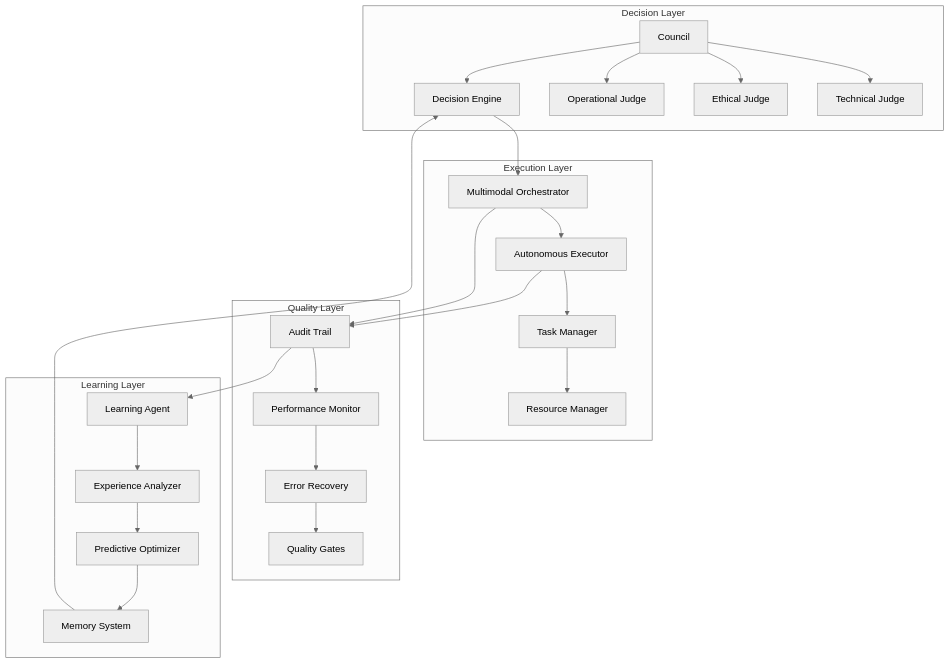
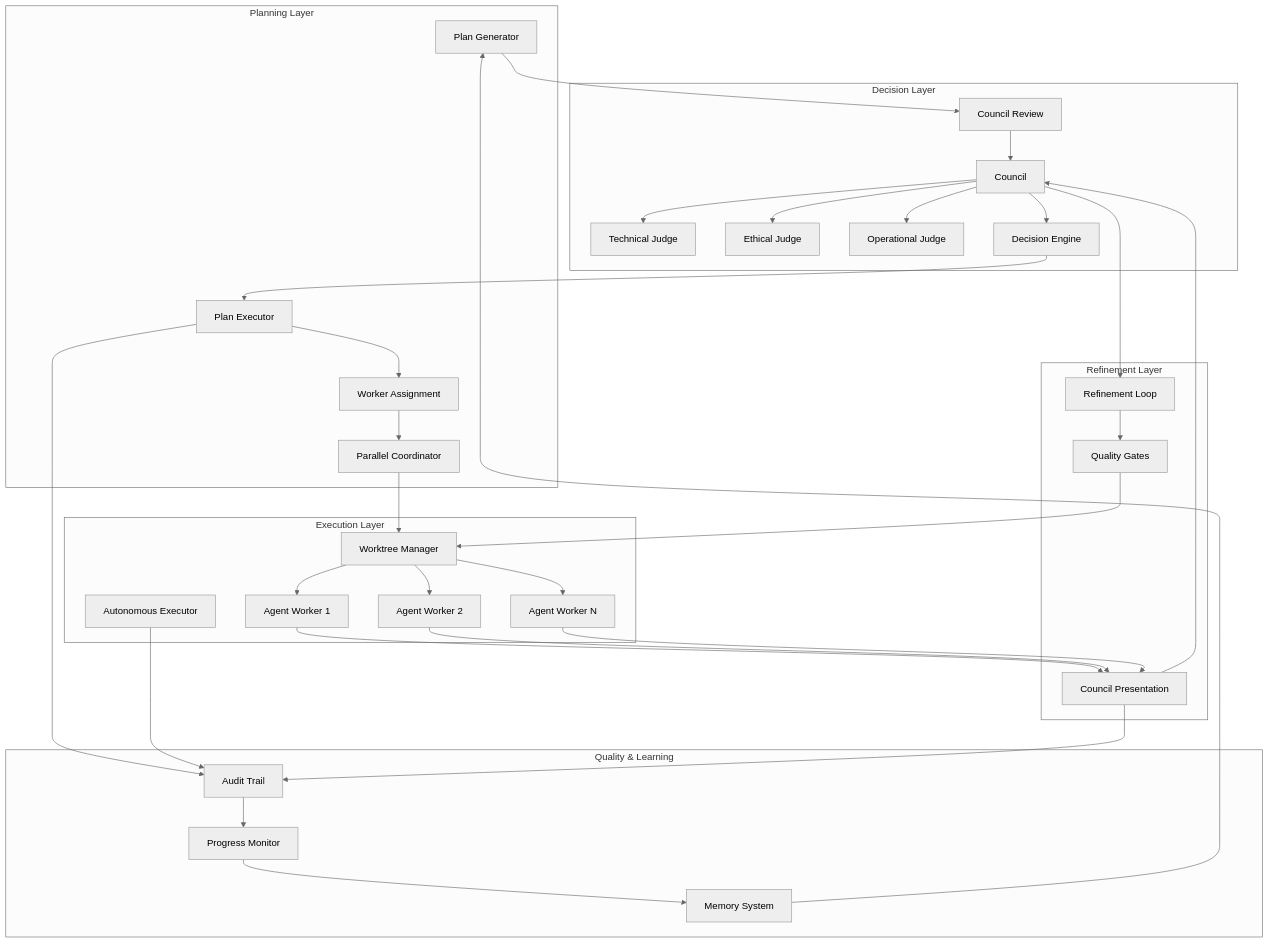
Before and after one commit to darianrosebrook/agent-agency: the diagram in iterations/v3/agent-orchestration/README.md, drawn with Mermaid (neutral theme). The commit also changed other lines of this file and 3 other files, not shown here.

````diff
--- a/iterations/v3/agent-orchestration/README.md
+++ b/iterations/v3/agent-orchestration/README.md
@@ -46,53 +113,68 @@
 ```mermaid
 graph TB
+    subgraph "Planning Layer"
+        PG[Plan Generator]
+        PE[Plan Executor]
+        WA[Worker Assignment]
+        PC[Parallel Coordinator]
+    end
+
     subgraph "Decision Layer"
         C[Council]
         J1[Technical Judge]
         J2[Ethical Judge]
         J3[Operational Judge]
         DM[Decision Engine]
+        CR[Council Review]
     end
 
     subgraph "Execution Layer"
-        MO[Multimodal Orchestrator]
+        WM[Worktree Manager]
         AE[Autonomous Executor]
-        TM[Task Manager]
-        RM[Resource Manager]
+        W1[Agent Worker 1]
+        W2[Agent Worker 2]
+        WN[Agent Worker N]
     end
 
-    subgraph "Quality Layer"
-        AT[Audit Trail]
-        PM[Performance Monitor]
-        ER[Error Recovery]
+    subgraph "Refinement Layer"
+        RL[Refinement Loop]
+        CP[Council Presentation]
         QG[Quality Gates]
     end
 
-    subgraph "Learning Layer"
-        LA[Learning Agent]
-        EA[Experience Analyzer]
-        PO[Predictive Optimizer]
+    subgraph "Quality & Learning"
+        AT[Audit Trail]
+        PM[Progress Monitor]
         MS[Memory System]
     end
 
+    PG --> CR
+    CR --> C
     C --> J1
     C --> J2
     C --> J3
     C --> DM
+    DM --> PE
 
-    DM --> MO
-    MO --> AE
-    AE --> TM
-    TM --> RM
+    PE --> WA
+    WA --> PC
+    PC --> WM
+    WM --> W1
+    WM --> W2
+    WM --> WN
 
-    MO --> AT
+    W1 --> CP
+    W2 --> CP
+    WN --> CP
+    CP --> C
+    C --> RL
+    RL --> QG
+    QG --> WM
+
+    PE --> AT
     AE --> AT
+    CP --> AT
     AT --> PM
-    PM --> ER
-    ER --> QG
-
-    AT --> LA
-    LA --> EA
-    EA --> PO
-    PO --> MS
-    MS --> DM
+    PM --> MS
+    MS --> PG
 ```
````
